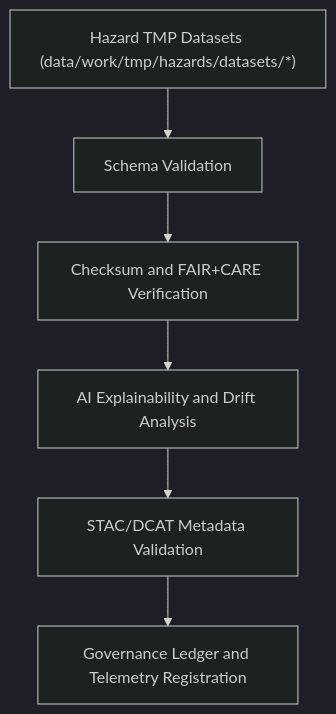
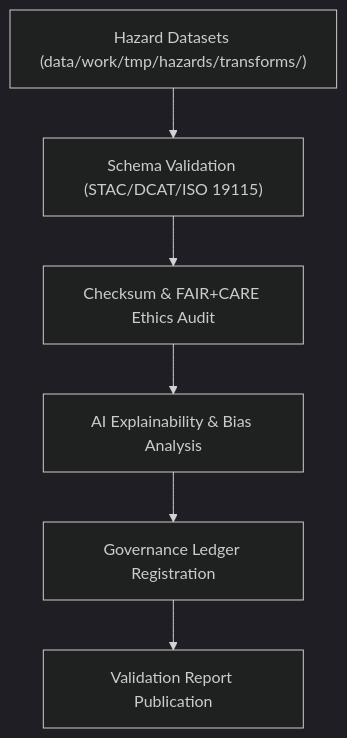
One commit to bartytime4life/Kansas-Frontier-Matrix changed the diagram in data/work/tmp/hazards/logs/validation/README.md. Above: the diagram before and after it, drawn with Mermaid (dark theme). The commit also changed other lines of this file, not shown here.

````diff
--- a/data/work/tmp/hazards/logs/validation/README.md
+++ b/data/work/tmp/hazards/logs/validation/README.md
@@ -69,8 +65,8 @@
 ```mermaid
 flowchart TD
-    A["Hazard TMP Datasets (data/work/tmp/hazards/datasets/*)"] --> B["Schema Validation"]
-    B --> C["Checksum and FAIR+CARE Verification"]
-    C --> D["AI Explainability and Drift Analysis"]
-    D --> E["STAC/DCAT Metadata Validation"]
-    E --> F["Governance Ledger and Telemetry Registration"]
+    A["Hazard Datasets (data/work/tmp/hazards/transforms/)"] --> B["Schema Validation (STAC/DCAT/ISO 19115)"]
+    B --> C["Checksum & FAIR+CARE Ethics Audit"]
+    C --> D["AI Explainability & Bias Analysis"]
+    D --> E["Governance Ledger Registration"]
+    E --> F["Validation Report Publication"]
 ```
````
